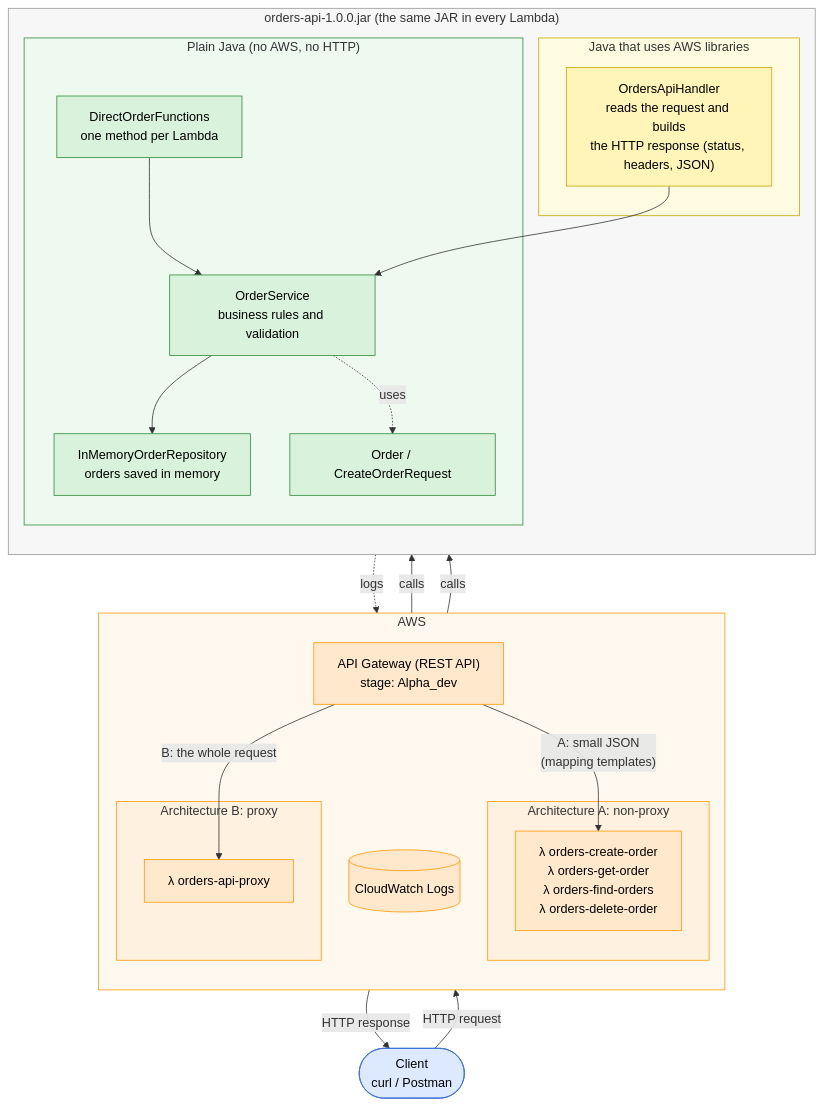
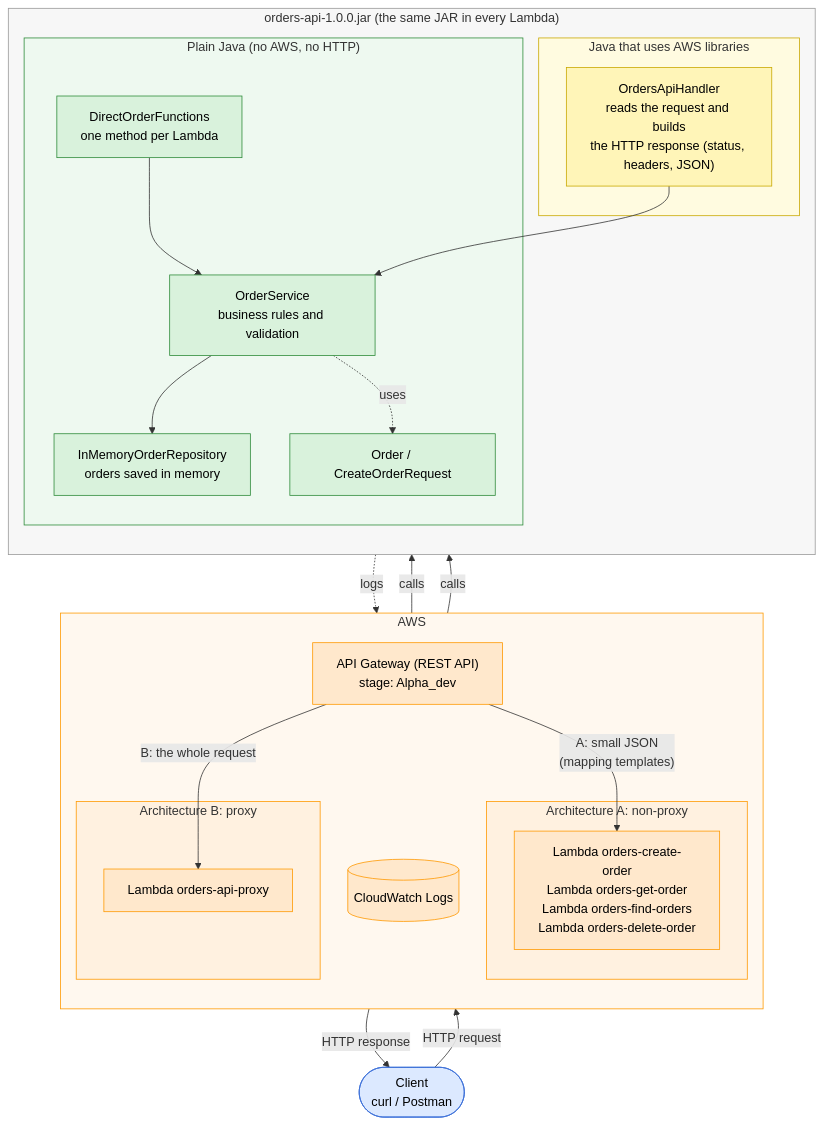
One commit to Valentina-33/orders-api changed the fourth of 4 diagrams in README.md. Above: the diagram before and after it, drawn with Mermaid. The commit also changed other lines of this file and 6 other files, not shown here.

````diff
--- a/README.md
+++ b/README.md
@@ -537,56 +540,56 @@
 ```mermaid
 flowchart TB
     Client(["Client<br/>curl / Postman"])
 
     subgraph AWS["AWS"]
         direction TB
         GW["API Gateway (REST API)<br/>stage: Alpha_dev"]
         subgraph A["Architecture A: non-proxy"]
-            LA["λ orders-create-order<br/>λ orders-get-order<br/>λ orders-find-orders<br/>λ orders-delete-order"]
+            LA["Lambda orders-create-order<br/>Lambda orders-get-order<br/>Lambda orders-find-orders<br/>Lambda orders-delete-order"]
         end
         subgraph B["Architecture B: proxy"]
-            LB["λ orders-api-proxy"]
+            LB["Lambda orders-api-proxy"]
         end
         CW[("CloudWatch Logs")]
     end
 
     subgraph JAR["orders-api-1.0.0.jar (the same JAR in every Lambda)"]
         direction TB
         subgraph AWSJAVA["Java that uses AWS libraries"]
             H["OrdersApiHandler<br/>reads the request and builds<br/>the HTTP response (status, headers, JSON)"]
         end
         subgraph PLAIN["Plain Java (no AWS, no HTTP)"]
             D["DirectOrderFunctions<br/>one method per Lambda"]
             S["OrderService<br/>business rules and validation"]
             R["InMemoryOrderRepository<br/>orders saved in memory"]
             M["Order / CreateOrderRequest"]
         end
     end
 
     Client -->|"HTTP request"| GW
     GW -->|"A: small JSON<br/>(mapping templates)"| LA
     GW -->|"B: the whole request"| LB
     LA -->|calls| D
     LB -->|calls| H
     D --> S
     H --> S
     S --> R
     S -.uses.-> M
     H -.logs.-> CW
     GW -->|"HTTP response"| Client
 
     classDef aws fill:#FFE8CC,stroke:#FF9900,color:#000
     classDef awsJava fill:#FFF5B8,stroke:#C9A800,color:#000
     classDef plain fill:#D9F2DC,stroke:#2E8B3A,color:#000
     classDef client fill:#DCE9FF,stroke:#3B6FD8,color:#000
     class GW,LA,LB,CW aws
     class H awsJava
     class D,S,R,M plain
     class Client client
     style AWS fill:#FFF8EF,stroke:#FF9900
     style JAR fill:#F7F7F7,stroke:#999
     style AWSJAVA fill:#FFFBE0,stroke:#C9A800
     style PLAIN fill:#EEF9F0,stroke:#2E8B3A
     style A fill:#FFF1E0,stroke:#FF9900
     style B fill:#FFF1E0,stroke:#FF9900
 ```
````
